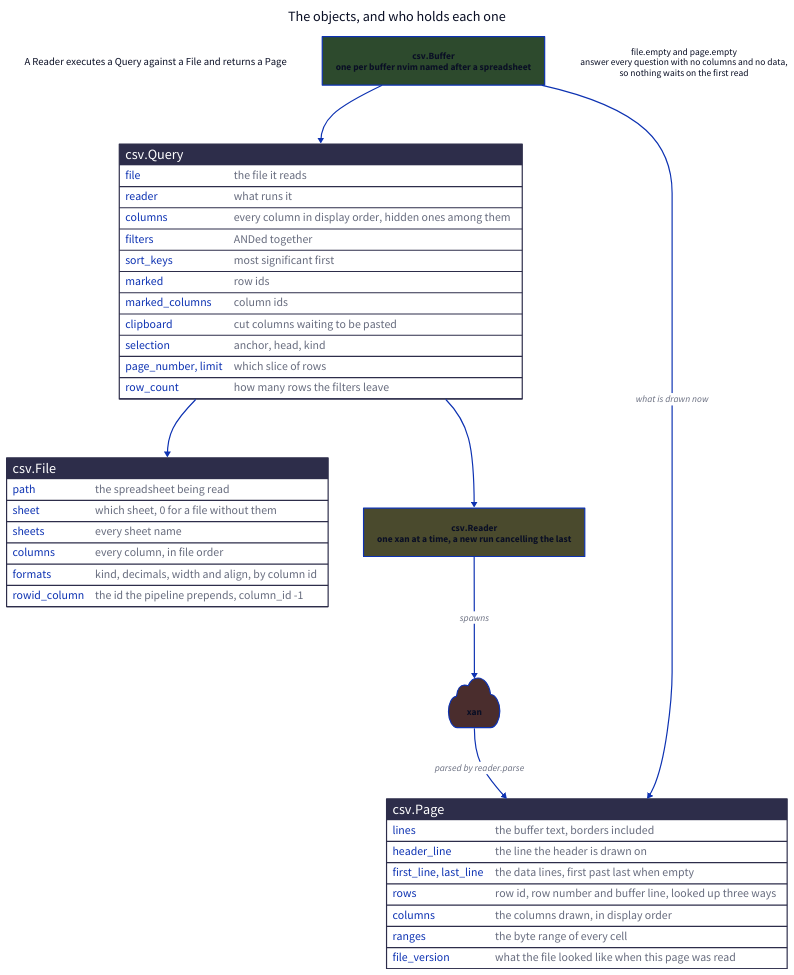
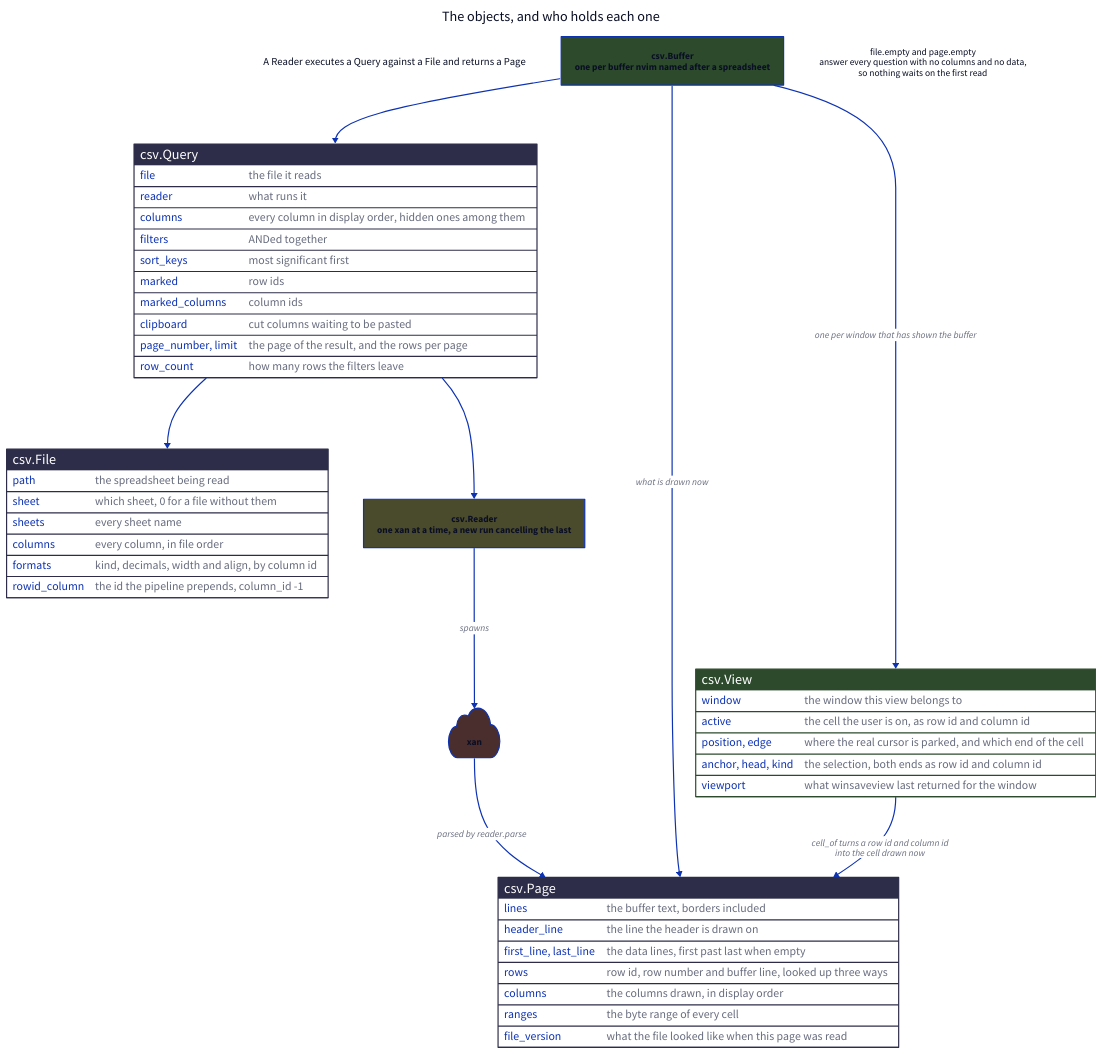
One commit to cseickel/csv-table.nvim changed the diagram in docs/01-objects.d2. Above: the diagram before and after it, drawn with D2. The commit also changed 39 other files, not shown here.

First line of the commit message:
refactor: replace per-window state maps with csv.View

```diff
--- a/docs/01-objects.d2
+++ b/docs/01-objects.d2
@@ -1,79 +1,90 @@
 direction: down
 
 title: The objects, and who holds each one {
   near: top-center
   shape: text
   style.font-size: 24
 }
 
 sentence: "A Reader executes a Query against a File and returns a Page" {
   shape: text
   style.font-size: 18
 }
 
 classes: {
   data: {style.fill: "#2d2d4a"}
   run: {style.fill: "#4a4a2d"}
   draw: {style.fill: "#2d4a2d"}
   external: {style.fill: "#4a2d2d"}
 }
 
 buffer: "csv.Buffer\none per buffer nvim named after a spreadsheet" {class: draw}
+
+view: csv.View {
+  shape: sql_table
+  class: draw
+  window: the window this view belongs to
+  active: the cell the user is on, as row id and column id
+  "position, edge": where the real cursor is parked, and which end of the cell
+  "anchor, head, kind": the selection, both ends as row id and column id
+  viewport: what winsaveview last returned for the window
+}
 
 file: csv.File {
   shape: sql_table
   class: data
   path: the spreadsheet being read
   sheet: which sheet, 0 for a file without them
   sheets: every sheet name
   columns: every column, in file order
   formats: kind, decimals, width and align, by column id
   rowid_column: the id the pipeline prepends, column_id -1
 }
 
 query: csv.Query {
   shape: sql_table
   class: data
   file: the file it reads
   reader: what runs it
   columns: every column in display order, hidden ones among them
   filters: ANDed together
   sort_keys: most significant first
   marked: row ids
   marked_columns: column ids
   clipboard: cut columns waiting to be pasted
-  selection: anchor, head, kind
-  "page_number, limit": which slice of rows
+  "page_number, limit": the page of the result, and the rows per page
   row_count: how many rows the filters leave
 }
 
 page: csv.Page {
   shape: sql_table
   class: data
   lines: the buffer text, borders included
   header_line: the line the header is drawn on
   "first_line, last_line": the data lines, first past last when empty
   rows: row id, row number and buffer line, looked up three ways
   columns: the columns drawn, in display order
   ranges: the byte range of every cell
   file_version: what the file looked like when this page was read
 }
 
 reader: "csv.Reader\none xan at a time, a new run cancelling the last" {class: run}
 
 xan: xan {
   class: external
   shape: cloud
 }
 
 empty: "file.empty and page.empty\nanswer every question with no columns and no data,\nso nothing waits on the first read" {
   shape: text
   class: data
 }
 
 buffer -> query
 buffer -> page: what is drawn now
+buffer -> view: one per window that has shown the buffer
+view -> page: "cell_of turns a row id and column id\ninto the cell drawn now"
 query -> file
 query -> reader
 reader -> xan: spawns
 xan -> page: parsed by reader.parse
```
